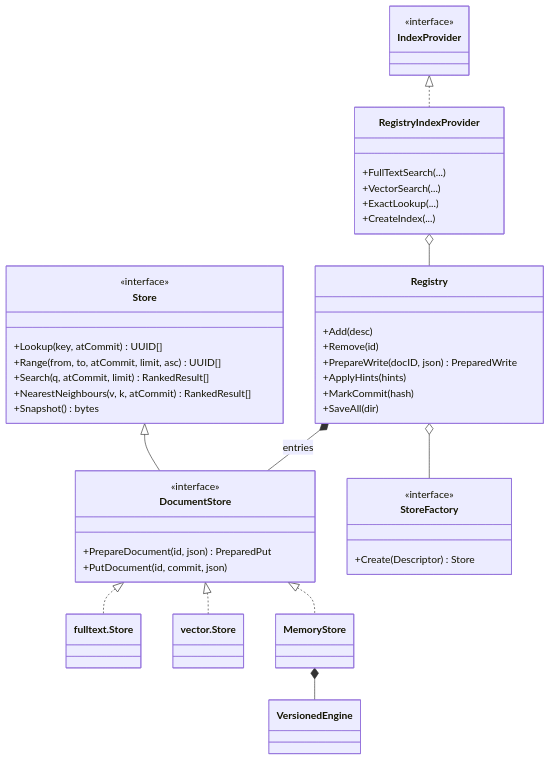
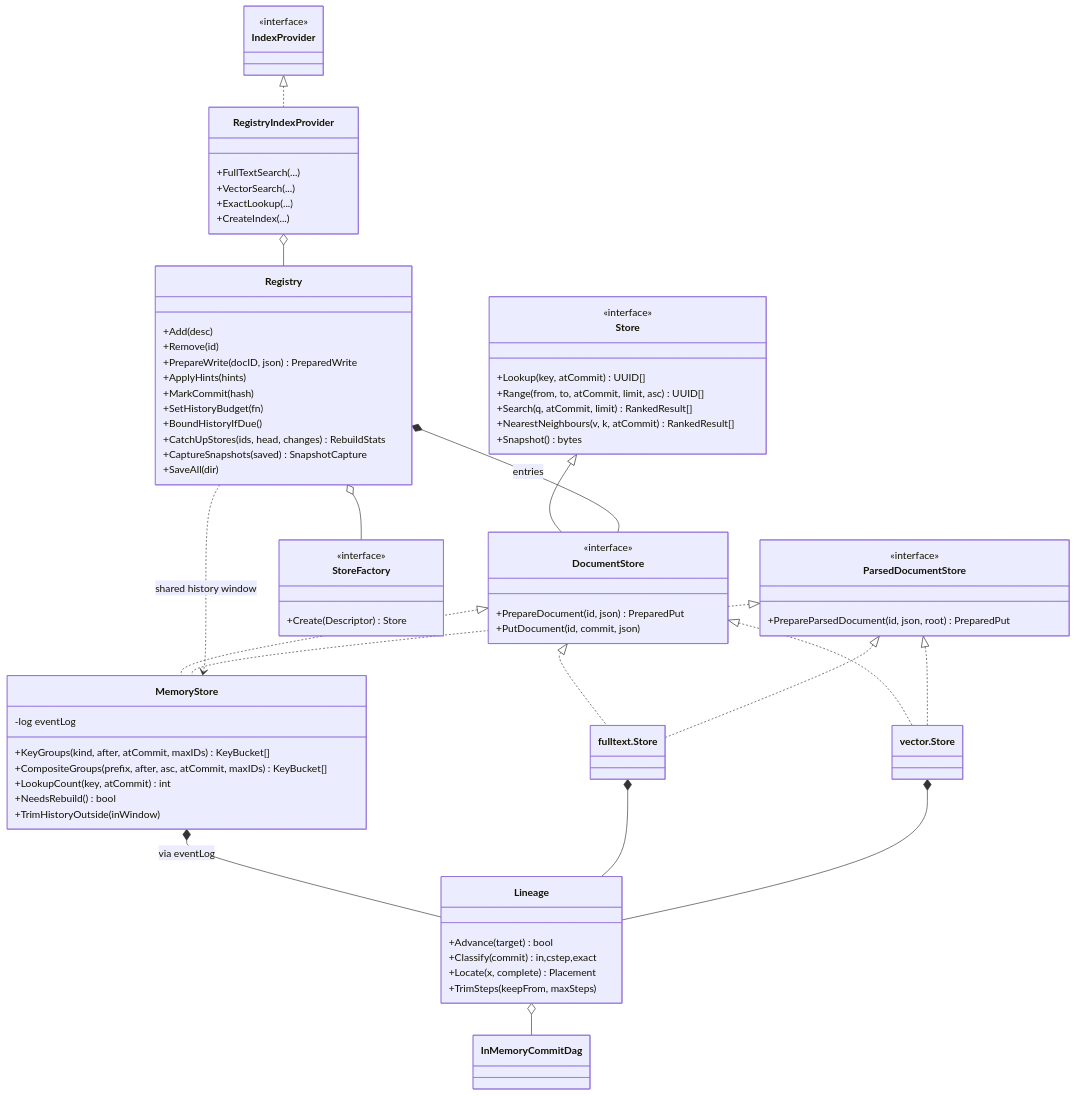
The sixth of 13 diagrams in docs/kdb-class-design.md (dbeasty/kdb), drawn with Mermaid before and after one commit. The commit also changed other lines of this file and 36 other files, not shown here.

First line of the commit message:
docs: refresh class design and flows against main of 2026-10-23

````diff
--- a/docs/kdb-class-design.md
+++ b/docs/kdb-class-design.md
@@ -741,48 +976,77 @@
 ```mermaid
 classDiagram
   class Store {
     <<interface>>
     +Lookup(key, atCommit) UUID[]
     +Range(from, to, atCommit, limit, asc) UUID[]
     +Search(q, atCommit, limit) RankedResult[]
     +NearestNeighbours(v, k, atCommit) RankedResult[]
     +Snapshot() bytes
   }
   class DocumentStore {
     <<interface>>
     +PrepareDocument(id, json) PreparedPut
     +PutDocument(id, commit, json)
   }
   class StoreFactory {
     <<interface>>
     +Create(Descriptor) Store
   }
+  class ParsedDocumentStore {
+    <<interface>>
+    +PrepareParsedDocument(id, json, root) PreparedPut
+  }
+  class MemoryStore {
+    -log eventLog
+    +KeyGroups(kind, after, atCommit, maxIDs) KeyBucket[]
+    +CompositeGroups(prefix, after, asc, atCommit, maxIDs) KeyBucket[]
+    +LookupCount(key, atCommit) int
+    +NeedsRebuild() bool
+    +TrimHistoryOutside(inWindow)
+  }
+  class Lineage {
+    +Advance(target) bool
+    +Classify(commit) in,cstep,exact
+    +Locate(x, complete) Placement
+    +TrimSteps(keepFrom, maxSteps)
+  }
   class FullTextStore["fulltext.Store"]
   class VectorStore["vector.Store"]
   class Registry {
     +Add(desc)
     +Remove(id)
     +PrepareWrite(docID, json) PreparedWrite
     +ApplyHints(hints)
     +MarkCommit(hash)
+    +SetHistoryBudget(fn)
+    +BoundHistoryIfDue()
+    +CatchUpStores(ids, head, changes) RebuildStats
+    +CaptureSnapshots(saved) SnapshotCapture
     +SaveAll(dir)
   }
   class RegistryIndexProvider {
     +FullTextSearch(...)
     +VectorSearch(...)
     +ExactLookup(...)
     +CreateIndex(...)
   }
   class IndexProvider {
     <<interface>>
   }
   Store <|-- DocumentStore
   DocumentStore <|.. MemoryStore
   DocumentStore <|.. FullTextStore
   DocumentStore <|.. VectorStore
-  MemoryStore *-- VersionedEngine
+  ParsedDocumentStore <|.. MemoryStore
+  ParsedDocumentStore <|.. FullTextStore
+  ParsedDocumentStore <|.. VectorStore
+  MemoryStore *-- Lineage : via eventLog
+  FullTextStore *-- Lineage
+  VectorStore *-- Lineage
+  Lineage o-- InMemoryCommitDag
   Registry o-- StoreFactory
   Registry *-- DocumentStore : entries
   RegistryIndexProvider o-- Registry
   IndexProvider <|.. RegistryIndexProvider
+  Registry ..> MemoryStore : shared history window
 ```
````
